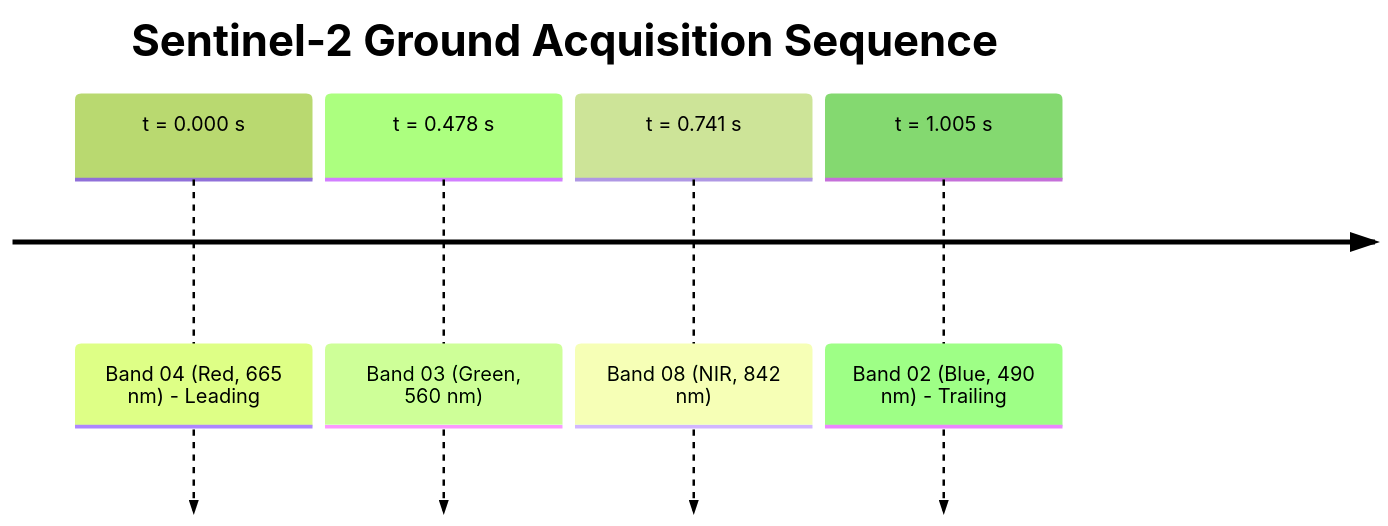
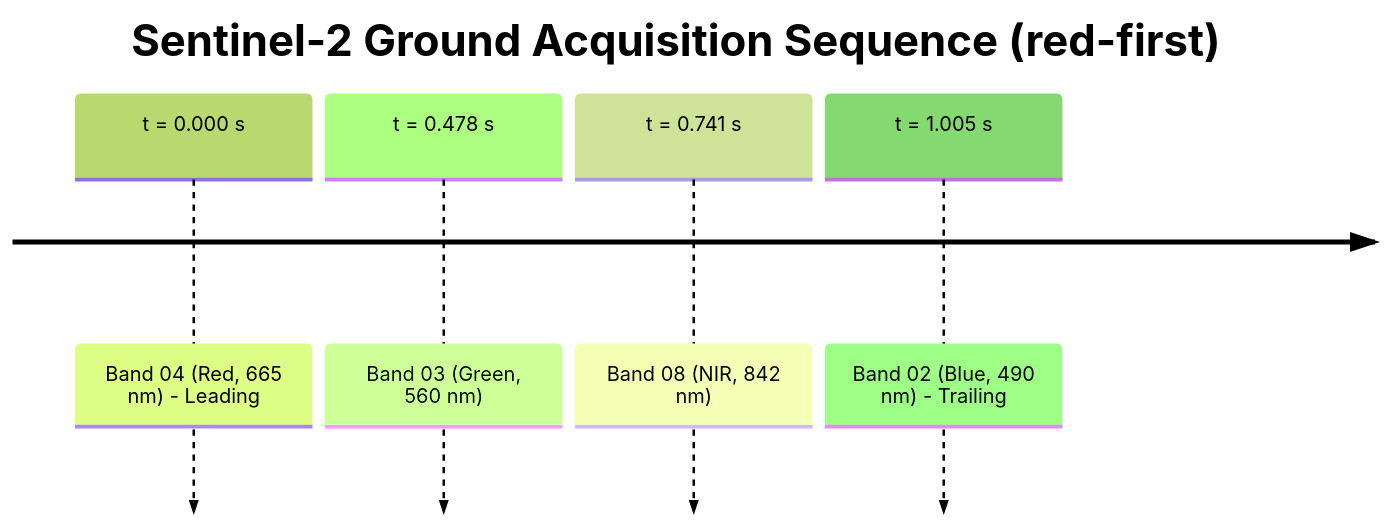
One commit to alfredgabriel/sentinel2-movement changed the diagram in README.md. Above: the diagram before and after it, drawn with Mermaid (forest theme). The commit also changed other lines of this file and 14 other files, not shown here.

````diff
--- a/README.md
+++ b/README.md
@@ -24,8 +29,8 @@
 ```mermaid
 timeline
-    title Sentinel-2 Ground Acquisition Sequence
+    title Sentinel-2 Ground Acquisition Sequence (red-first)
     t = 0.000 s : Band 04 (Red, 665 nm) - Leading
     t = 0.478 s : Band 03 (Green, 560 nm)
     t = 0.741 s : Band 08 (NIR, 842 nm)
     t = 1.005 s : Band 02 (Blue, 490 nm) - Trailing
 ```
````
